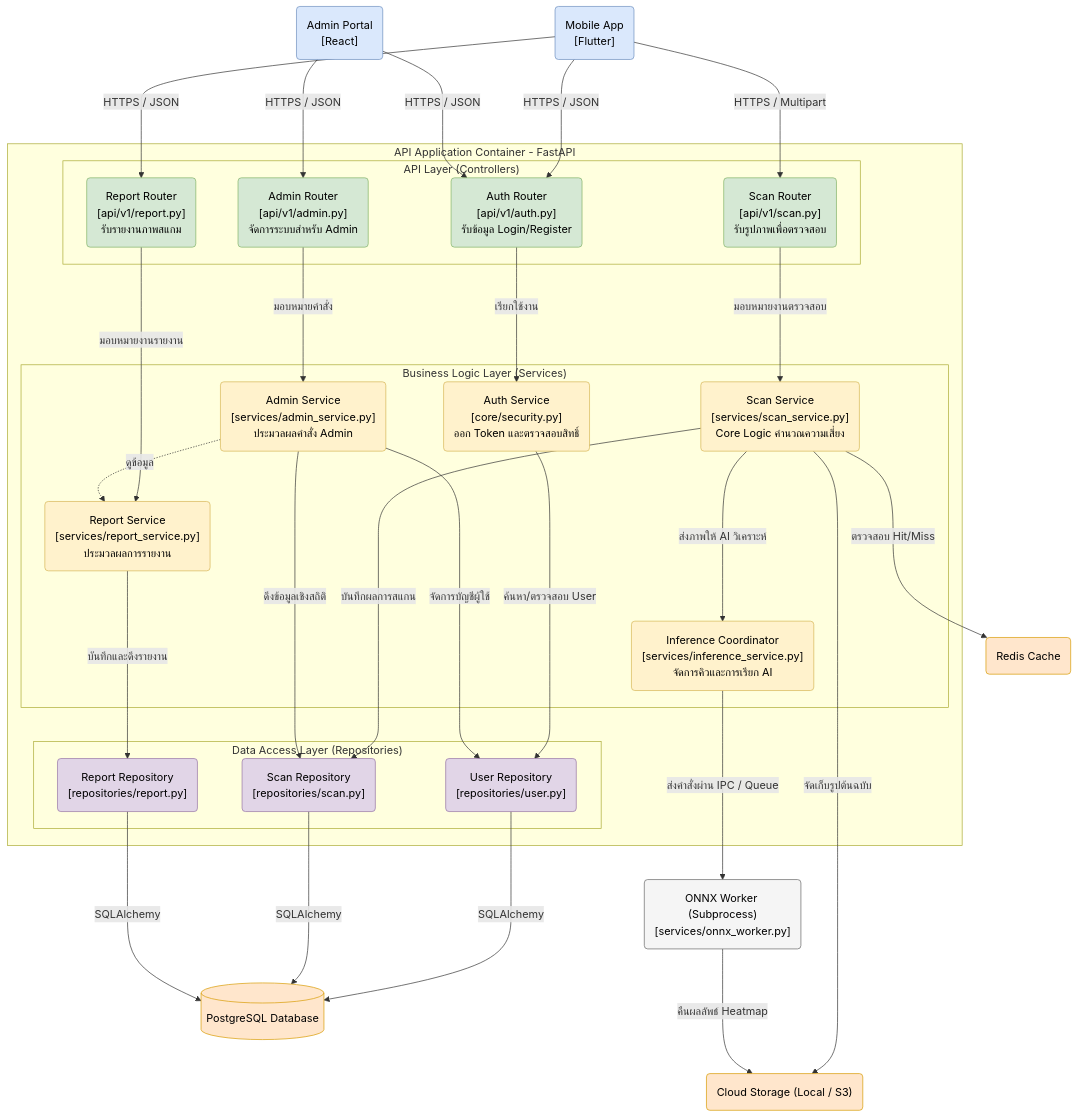
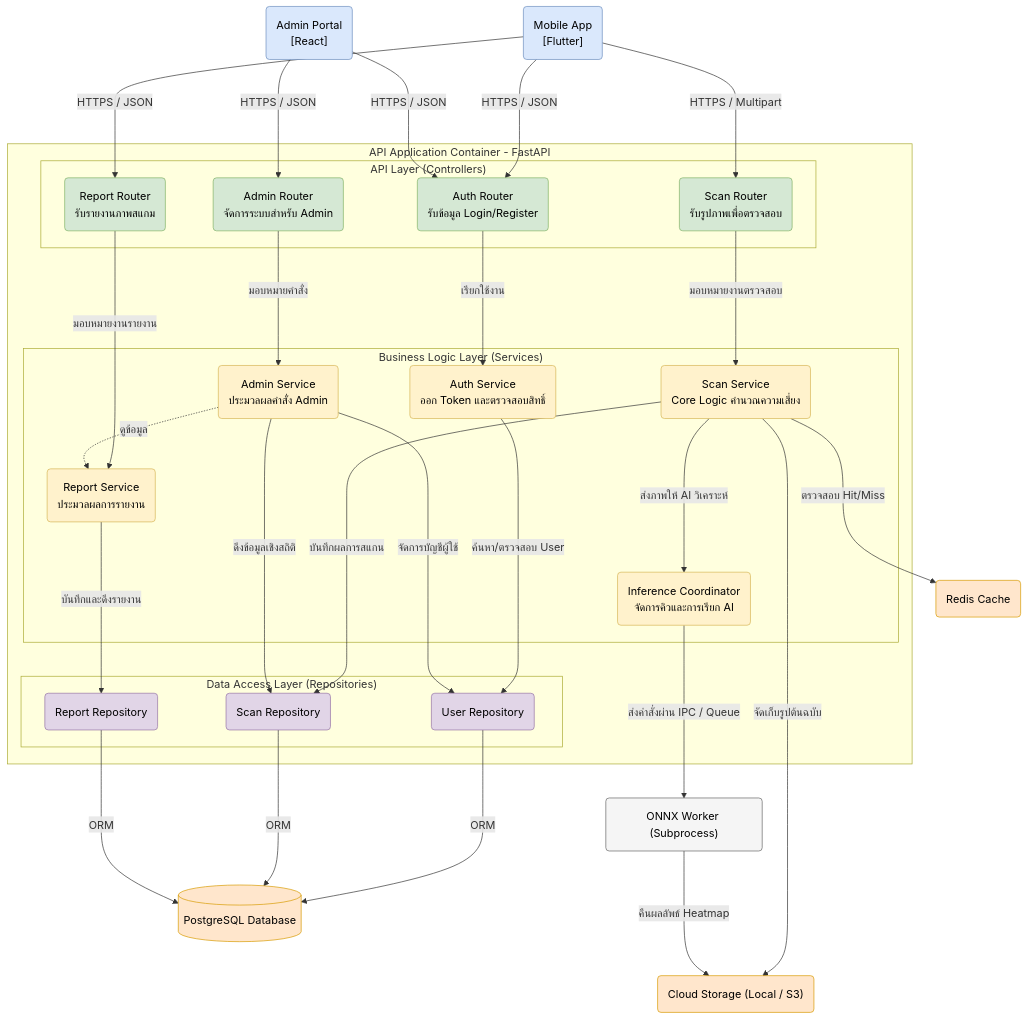
The third of 4 diagrams in Document/docs/03_Software_Architecture.md (Panuwat-ta/project), drawn with Mermaid before and after one commit. The commit also changed other lines of this file and 83 other files, not shown here.

```diff
--- a/Document/docs/03_Software_Architecture.md
+++ b/Document/docs/03_Software_Architecture.md
@@ -546,26 +548,26 @@
         
         %% API Layer
         subgraph APILayer ["API Layer (Controllers)"]
-            AuthRouter("Auth Router<br>[api/v1/auth.py]<br>รับข้อมูล Login/Register")
-            AdminRouter("Admin Router<br>[api/v1/admin.py]<br>จัดการระบบสำหรับ Admin")
-            ScanRouter("Scan Router<br>[api/v1/scan.py]<br>รับรูปภาพเพื่อตรวจสอบ")
-            ReportRouter("Report Router<br>[api/v1/report.py]<br>รับรายงานภาพสแกม")
+            AuthRouter("Auth Router<br>รับข้อมูล Login/Register")
+            AdminRouter("Admin Router<br>จัดการระบบสำหรับ Admin")
+            ScanRouter("Scan Router<br>รับรูปภาพเพื่อตรวจสอบ")
+            ReportRouter("Report Router<br>รับรายงานภาพสแกม")
         end
 
         %% Business Logic Layer
         subgraph ServiceLayer ["Business Logic Layer (Services)"]
-            AuthService("Auth Service<br>[core/security.py]<br>ออก Token และตรวจสอบสิทธิ์")
-            AdminService("Admin Service<br>[services/admin_service.py]<br>ประมวลผลคำสั่ง Admin")
-            ScanService("Scan Service<br>[services/scan_service.py]<br>Core Logic คำนวณความเสี่ยง")
-            InferenceClient("Inference Coordinator<br>[services/inference_service.py]<br>จัดการคิวและการเรียก AI")
-            ReportService("Report Service<br>[services/report_service.py]<br>ประมวลผลการรายงาน")
+            AuthService("Auth Service<br>ออก Token และตรวจสอบสิทธิ์")
+            AdminService("Admin Service<br>ประมวลผลคำสั่ง Admin")
+            ScanService("Scan Service<br>Core Logic คำนวณความเสี่ยง")
+            InferenceClient("Inference Coordinator<br>จัดการคิวและการเรียก AI")
+            ReportService("Report Service<br>ประมวลผลการรายงาน")
         end
 
         %% Data Access Layer
         subgraph RepoLayer ["Data Access Layer (Repositories)"]
-            UserRepo("User Repository<br>[repositories/user.py]")
-            ScanRepo("Scan Repository<br>[repositories/scan.py]")
-            ReportRepo("Report Repository<br>[repositories/report.py]")
+            UserRepo("User Repository")
+            ScanRepo("Scan Repository")
+            ReportRepo("Report Repository")
         end
     end
 
@@ -573,7 +575,7 @@
     Cache("Redis Cache")
     MainDB[("PostgreSQL Database")]
     ObjectStore("Cloud Storage (Local / S3)")
-    AIWorker("ONNX Worker (Subprocess)<br>[services/onnx_worker.py]")
+    AIWorker("ONNX Worker (Subprocess)")
 
     %% Relationships - External to API
     MobileApp --->|HTTPS / JSON| AuthRouter
@@ -606,9 +608,9 @@
     AdminService --->|จัดการบัญชีผู้ใช้| UserRepo
 
     %% Repositories to DB
-    UserRepo --->|SQLAlchemy| MainDB
-    ScanRepo --->|SQLAlchemy| MainDB
-    ReportRepo --->|SQLAlchemy| MainDB
+    UserRepo --->|ORM| MainDB
+    ScanRepo --->|ORM| MainDB
+    ReportRepo --->|ORM| MainDB
 
     %% Apply Styles
     class MobileApp,AdminPortal clientFill
```
